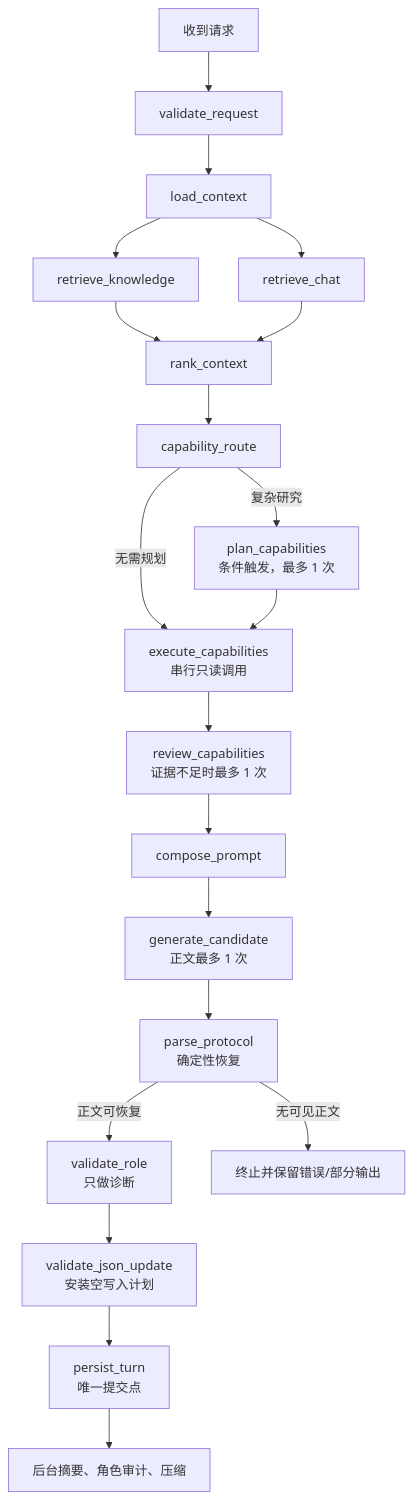
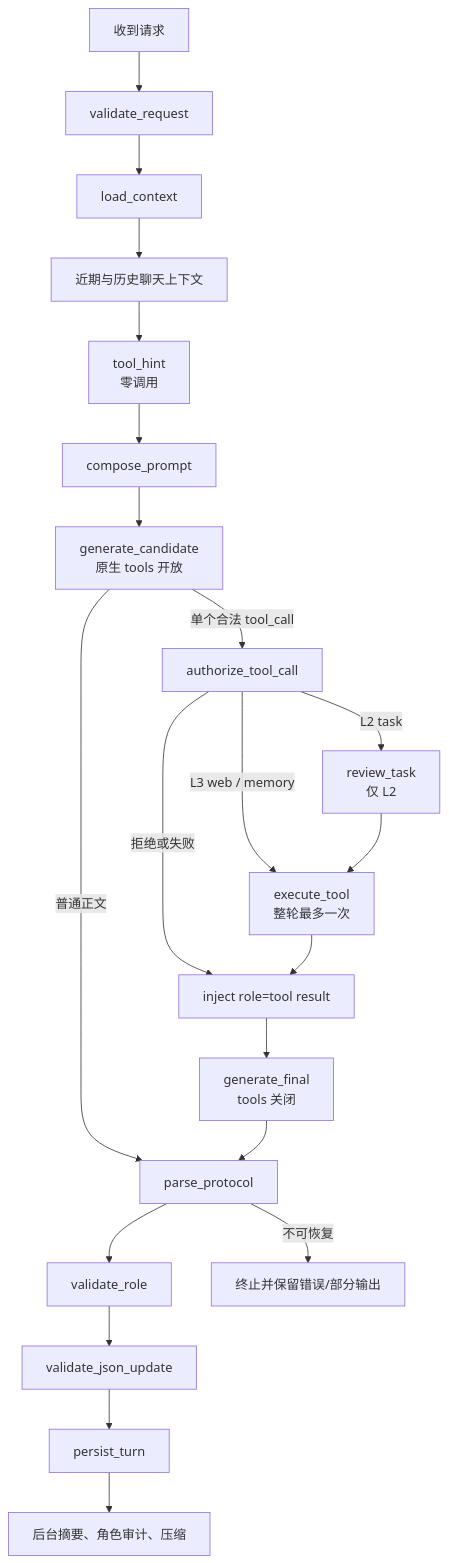
One commit to Spirtxiaoqi7/Mindspace changed the second of 4 diagrams in docs/DEVELOPMENT_DESIGN_HISTORY.md. Above: the diagram before and after it, drawn with Mermaid. The commit also changed other lines of this file and 22 other files, not shown here.

````diff
--- a/docs/DEVELOPMENT_DESIGN_HISTORY.md
+++ b/docs/DEVELOPMENT_DESIGN_HISTORY.md
@@ -226,33 +228,31 @@
 ```mermaid
 flowchart TD
     S["收到请求"]
     V["validate_request"]
     L["load_context"]
-    RK["retrieve_knowledge"]
-    RC["retrieve_chat"]
-    R["rank_context"]
-    CR["capability_route"]
-    P["plan_capabilities<br/>条件触发，最多 1 次"]
-    E["execute_capabilities<br/>串行只读调用"]
-    RV["review_capabilities<br/>证据不足时最多 1 次"]
+    C["近期与历史聊天上下文"]
+    H["tool_hint<br/>零调用"]
     CP["compose_prompt"]
-    G["generate_candidate<br/>正文最多 1 次"]
-    PP["parse_protocol<br/>确定性恢复"]
-    VR["validate_role<br/>只做诊断"]
-    VJ["validate_json_update<br/>安装空写入计划"]
-    PT["persist_turn<br/>唯一提交点"]
+    G["generate_candidate<br/>原生 tools 开放"]
+    A["authorize_tool_call"]
+    R["review_task<br/>仅 L2"]
+    E["execute_tool<br/>整轮最多一次"]
+    I["inject role=tool result"]
+    F["generate_final<br/>tools 关闭"]
+    PP["parse_protocol"]
+    VR["validate_role"]
+    VJ["validate_json_update"]
+    PT["persist_turn"]
     BG["后台摘要、角色审计、压缩"]
     X["终止并保留错误/部分输出"]
 
-    S --> V --> L
-    L --> RK
-    L --> RC
-    RK --> R
-    RC --> R
-    R --> CR
-    CR -->|无需规划| E
-    CR -->|复杂研究| P --> E
-    E --> RV --> CP --> G --> PP
-    PP -->|正文可恢复| VR --> VJ --> PT --> BG
-    PP -->|无可见正文| X
+    S --> V --> L --> C --> H --> CP --> G
+    G -->|普通正文| PP
+    G -->|单个合法 tool_call| A
+    A -->|L3 web / memory| E
+    A -->|L2 task| R --> E
+    A -->|拒绝或失败| I
+    E --> I --> F --> PP
+    PP --> VR --> VJ --> PT --> BG
+    PP -->|不可恢复| X
 ```
````
